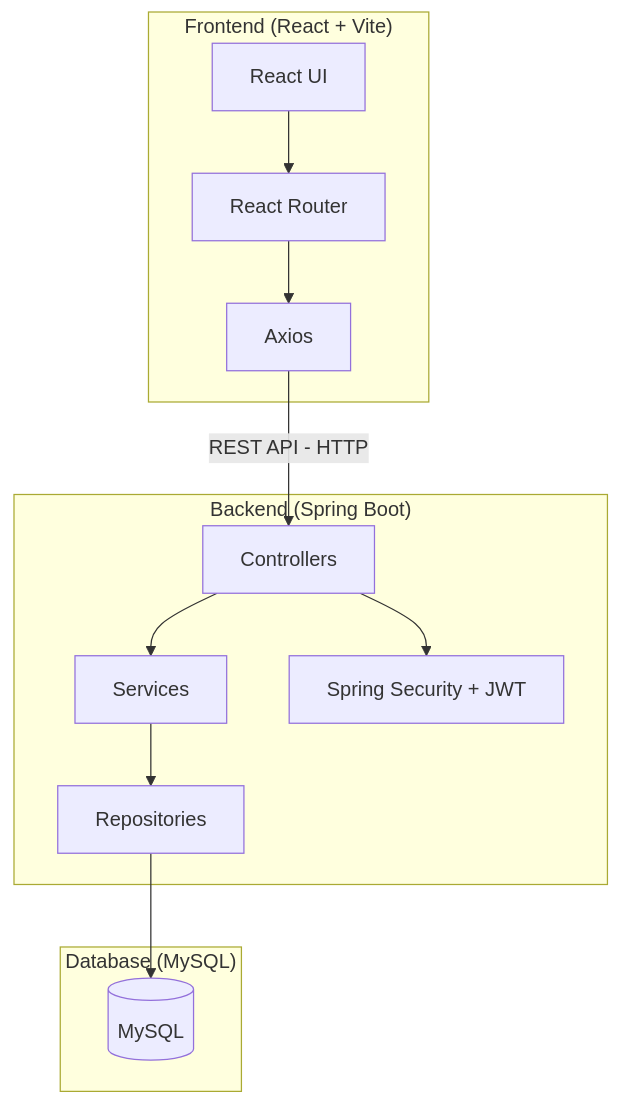
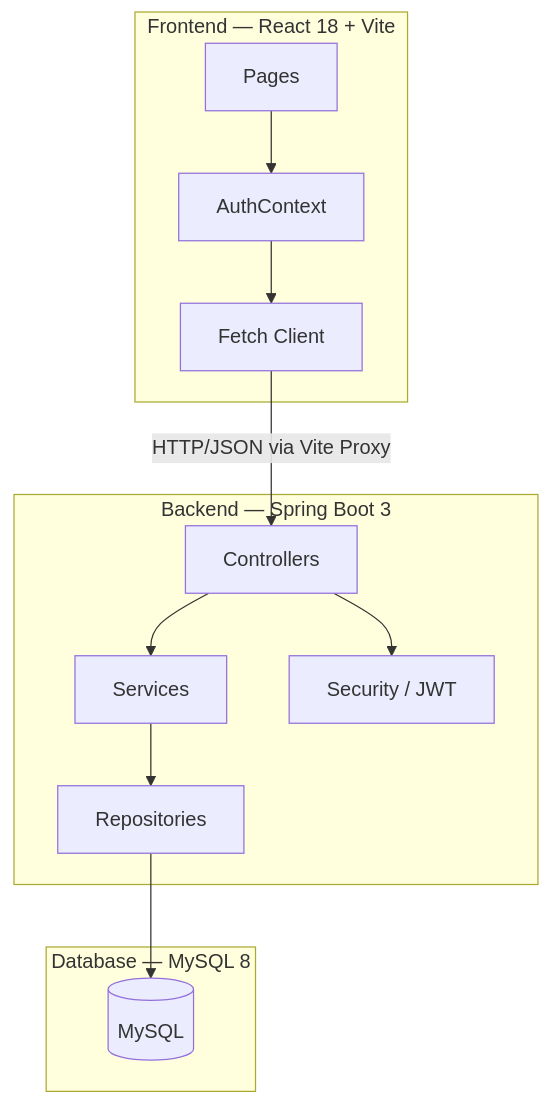
One commit to ilyasseyounes1/campus-room-booking changed the first of 3 diagrams in README.md. Above: the diagram before and after it, drawn with Mermaid. The commit also changed other lines of this file and 2 other files, not shown here.

````diff
--- a/README.md
+++ b/README.md
@@ -11,27 +38,27 @@
 ```mermaid
-graph TB
-    subgraph Frontend ["Frontend (React + Vite)"]
-        UI[React UI]
-        RC[React Router]
-        AX[Axios]
+graph TD
+    subgraph Frontend ["Frontend — React 18 + Vite"]
+        UI[Pages]
+        CTX[AuthContext]
+        API[Fetch Client]
     end
 
-    subgraph Backend ["Backend (Spring Boot)"]
+    subgraph Backend ["Backend — Spring Boot 3"]
         CTRL[Controllers]
         SVC[Services]
+        SEC[Security / JWT]
         REPO[Repositories]
-        SEC[Spring Security + JWT]
     end
 
-    subgraph Database ["Database (MySQL)"]
+    subgraph Database ["Database — MySQL 8"]
         DB[(MySQL)]
     end
 
-    UI --> RC
-    RC --> AX
-    AX -->|REST API - HTTP| CTRL
+    UI --> CTX
+    CTX --> API
+    API -->|HTTP/JSON via Vite Proxy| CTRL
     CTRL --> SEC
     CTRL --> SVC
     SVC --> REPO
     REPO --> DB
 ```
````
